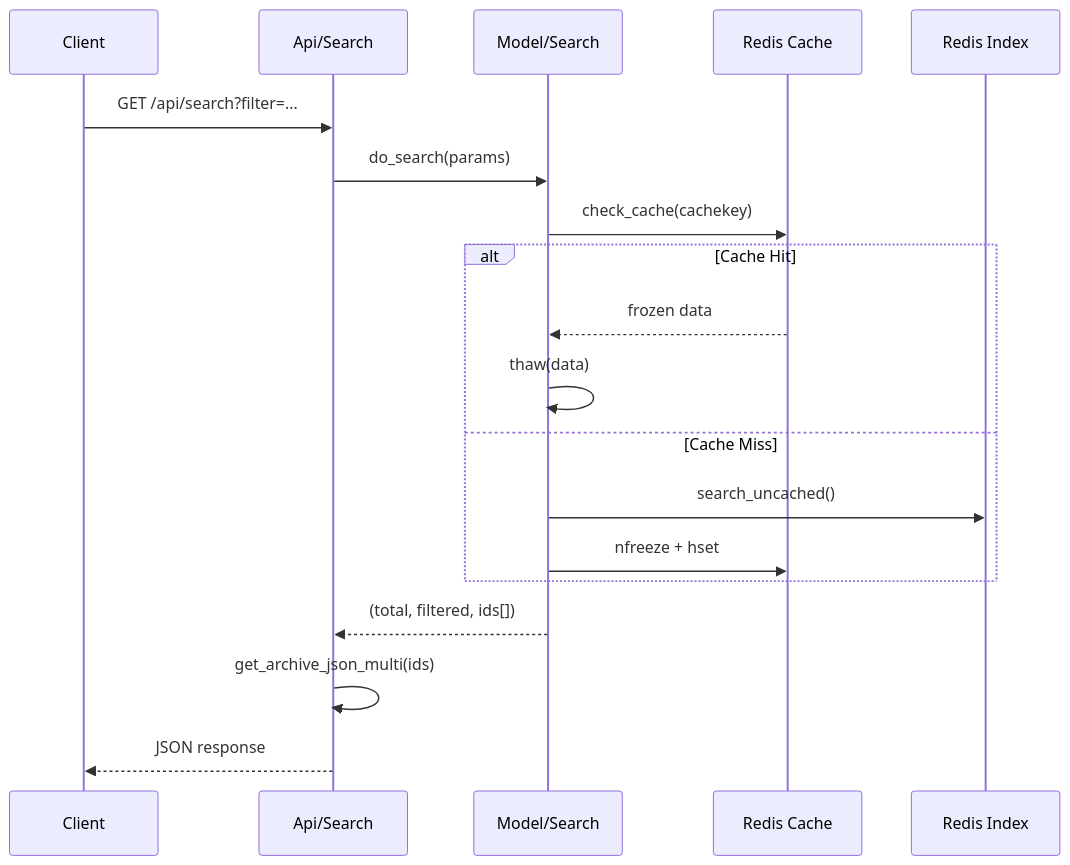
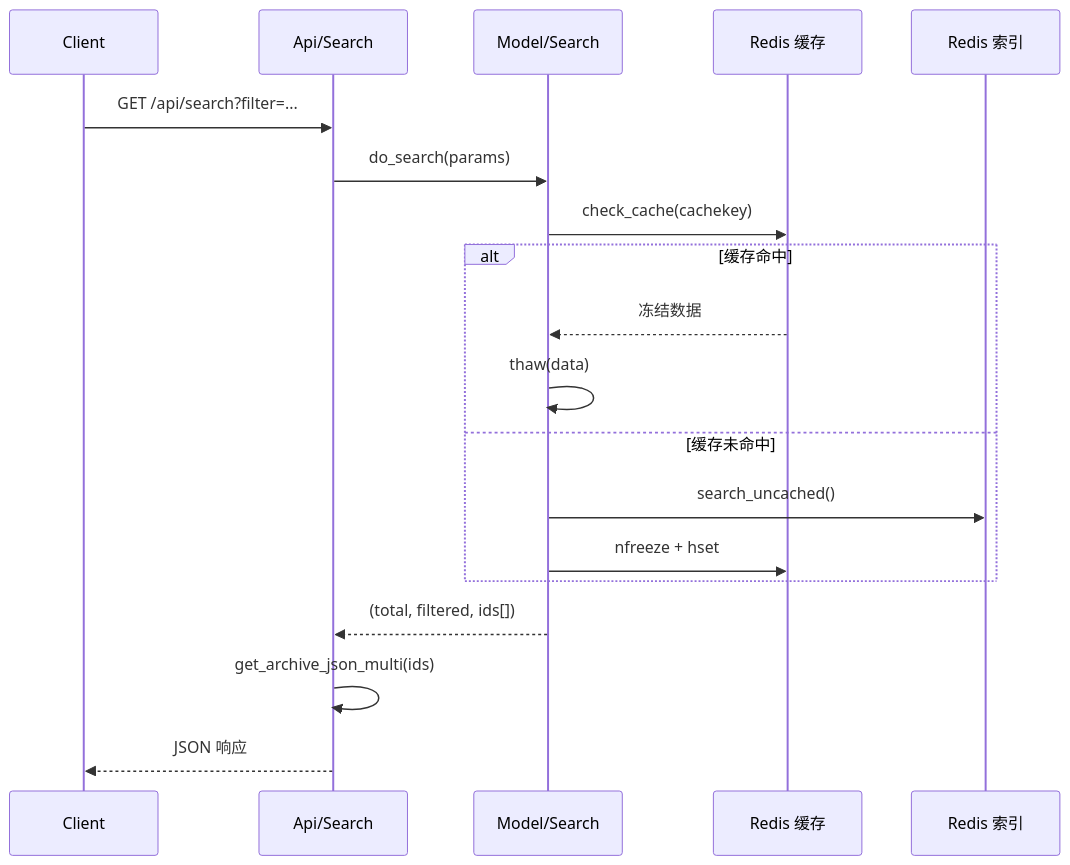
One commit to OborozukiNoYume/LANraragi changed the second of 2 diagrams in docs/zh-CN/02_api.md. Above: the diagram before and after it, drawn with Mermaid. The commit also changed other lines of this file and 17 other files, not shown here.

````diff
--- a/docs/zh-CN/02_api.md
+++ b/docs/zh-CN/02_api.md
@@ -354,22 +267,22 @@
 ```mermaid
 sequenceDiagram
     participant Client
     participant Controller as Api/Search
     participant Model as Model/Search
-    participant Cache as Redis Cache
-    participant Index as Redis Index
+    participant Cache as Redis 缓存
+    participant Index as Redis 索引
     
     Client->>Controller: GET /api/search?filter=...
     Controller->>Model: do_search(params)
     Model->>Cache: check_cache(cachekey)
-    alt Cache Hit
-        Cache-->>Model: frozen data
+    alt 缓存命中
+        Cache-->>Model: 冻结数据
         Model->>Model: thaw(data)
-    else Cache Miss
+    else 缓存未命中
         Model->>Index: search_uncached()
         Model->>Cache: nfreeze + hset
     end
     Model-->>Controller: (total, filtered, ids[])
     Controller->>Controller: get_archive_json_multi(ids)
-    Controller-->>Client: JSON response
+    Controller-->>Client: JSON 响应
 ```
````
